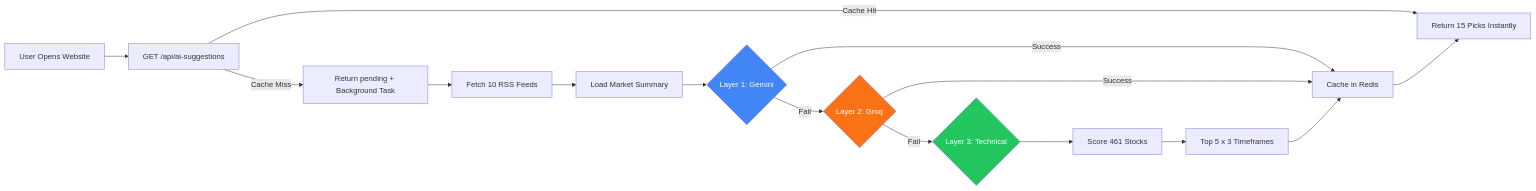
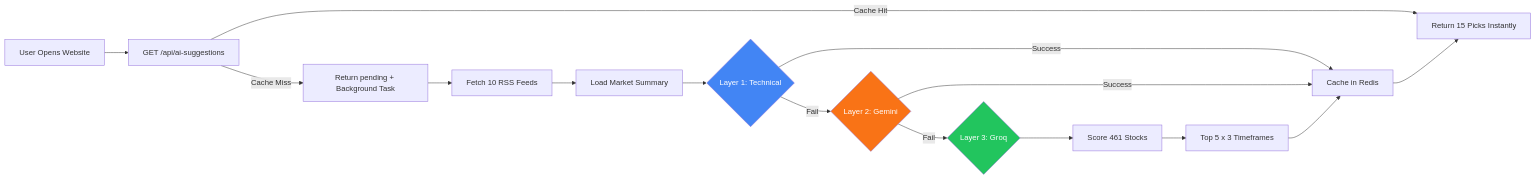
The third of 4 diagrams in PROJECT_MINDMAP.md (iamadarsha/Codex-Screener), drawn with Mermaid before and after one commit. The commit also changed other lines of this file and 3 other files, not shown here.

````diff
--- a/PROJECT_MINDMAP.md
+++ b/PROJECT_MINDMAP.md
@@ -180,24 +183,24 @@
 ```mermaid
 flowchart LR
     User[User Opens Website] --> GET["GET /api/ai-suggestions"]
     GET -->|Cache Hit| Return[Return 15 Picks Instantly]
     GET -->|Cache Miss| Pending["Return pending + Background Task"]
 
     Pending --> RSS["Fetch 10 RSS Feeds"]
     RSS --> Market["Load Market Summary"]
 
-    Market --> L1{"Layer 1: Gemini"}
+    Market --> L1{"Layer 1: Technical"}
     L1 -->|Success| Cache["Cache in Redis"]
-    L1 -->|Fail| L2{"Layer 2: Groq"}
+    L1 -->|Fail| L2{"Layer 2: Gemini"}
     L2 -->|Success| Cache
-    L2 -->|Fail| L3{"Layer 3: Technical"}
+    L2 -->|Fail| L3{"Layer 3: Groq"}
 
     L3 --> Score["Score 461 Stocks"]
     Score --> Pick["Top 5 x 3 Timeframes"]
     Pick --> Cache
     Cache --> Return
 
     style L1 fill:#4285f4,color:#fff
     style L2 fill:#f97316,color:#fff
     style L3 fill:#22c55e,color:#fff
 ```
````
